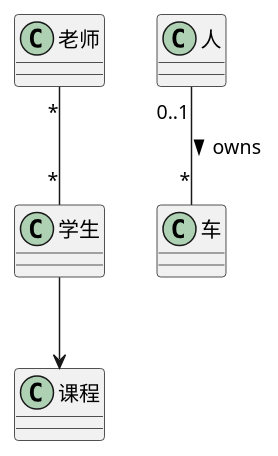
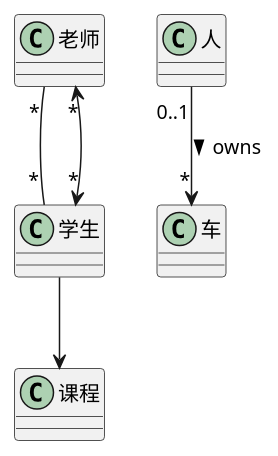
One commit to TigerWFH/webapp changed the second of 11 diagrams in doc/webpack/OOA-OOD.md. Above: the diagram before and after it, drawn with PlantUML. The commit also changed other lines of this file, not shown here.

Commit message:
feat：重新梳理UML静态类图关系 1、带箭头是单向；没有箭头是双向的

````diff
--- a/doc/webpack/OOA-OOD.md
+++ b/doc/webpack/OOA-OOD.md
@@ -26,7 +31,8 @@
 ```plantuml
 @startuml 老师关联学生，学生关联老师；学生关联课程
 老师 "*" -- "*" 学生
+老师 "*" <--> "*" 学生
 学生 --> 课程
-人 "0..1" -- "*" 车: owns >
+人 "0..1" --> "*" 车: owns >
 @enduml
 ```
````
